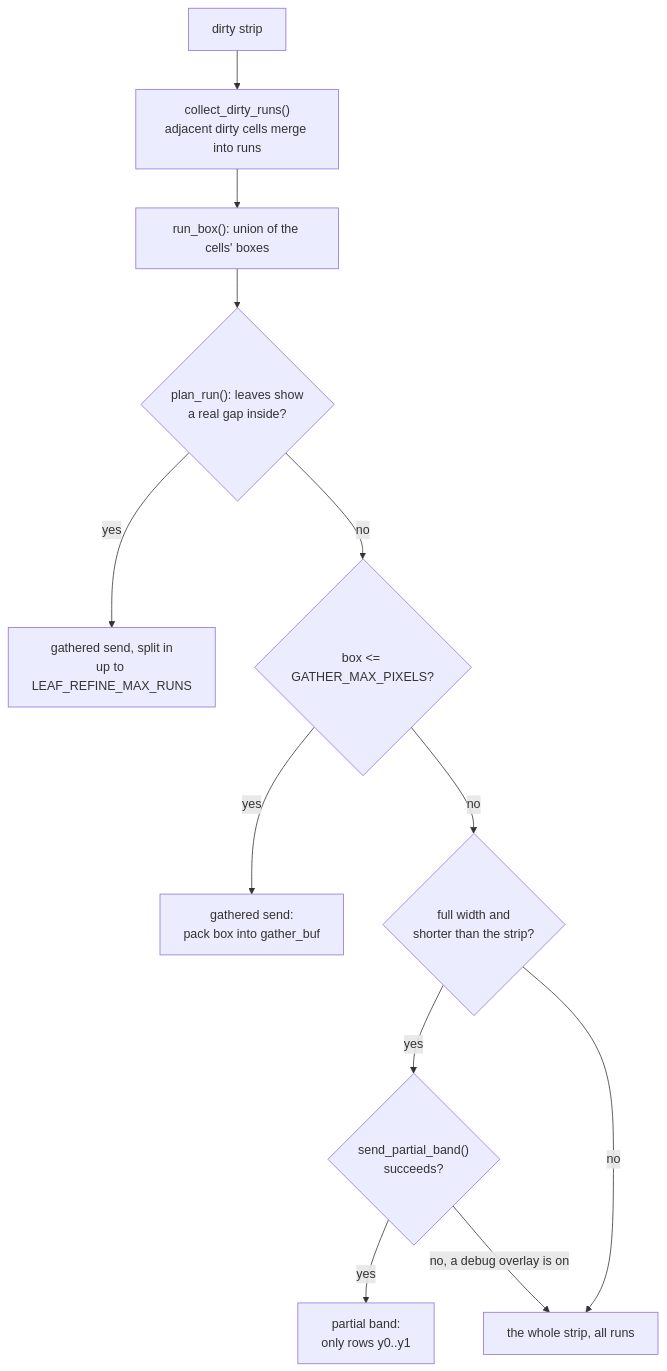
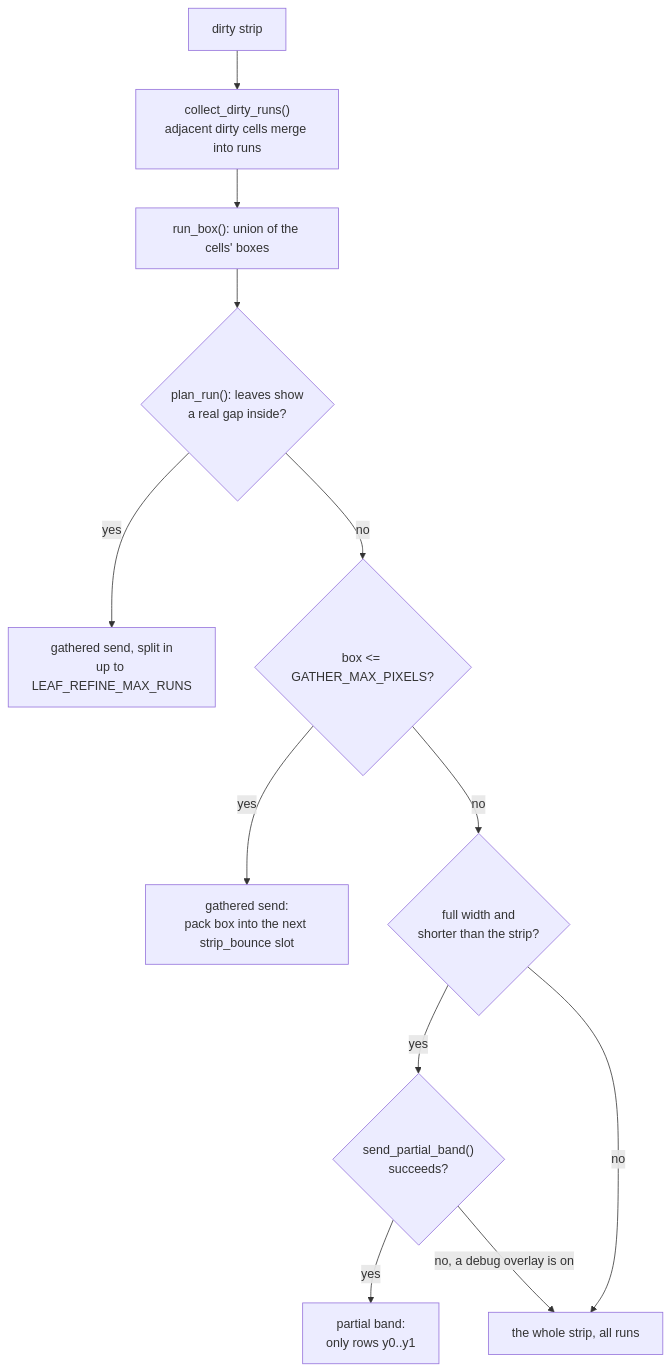
Before and after one commit to jose-villegas/autana: the second of 4 diagrams in docs/Gfx-and-Presentation.md, drawn with Mermaid. The commit also changed other lines of this file and 9 other files, not shown here.

Commit message:
docs: review round on the display notes - gather path, timeline, citers

````diff
--- a/docs/Gfx-and-Presentation.md
+++ b/docs/Gfx-and-Presentation.md
@@ -105,14 +112,14 @@
 ```mermaid
 flowchart TB
     ROW["dirty strip"] --> RUNS["collect_dirty_runs()<br/>adjacent dirty cells merge into runs"]
     RUNS --> BOX["run_box(): union of the cells' boxes"]
     BOX --> LEAF{"plan_run(): leaves show<br/>a real gap inside?"}
     LEAF -->|yes| SPLIT["gathered send, split in<br/>up to LEAF_REFINE_MAX_RUNS"]
     LEAF -->|no| FIT{"box <= GATHER_MAX_PIXELS?"}
-    FIT -->|yes| GATHER["gathered send:<br/>pack box into gather_buf"]
+    FIT -->|yes| GATHER["gathered send:<br/>pack box into the next strip_bounce slot"]
     FIT -->|no| FULLW{"full width and<br/>shorter than the strip?"}
     FULLW -->|yes| PARTOK{"send_partial_band()<br/>succeeds?"}
     PARTOK -->|yes| PART["partial band:<br/>only rows y0..y1"]
     PARTOK -->|no, a debug overlay is on| FULL
     FULLW -->|no| FULL["the whole strip, all runs"]
 ```
````
